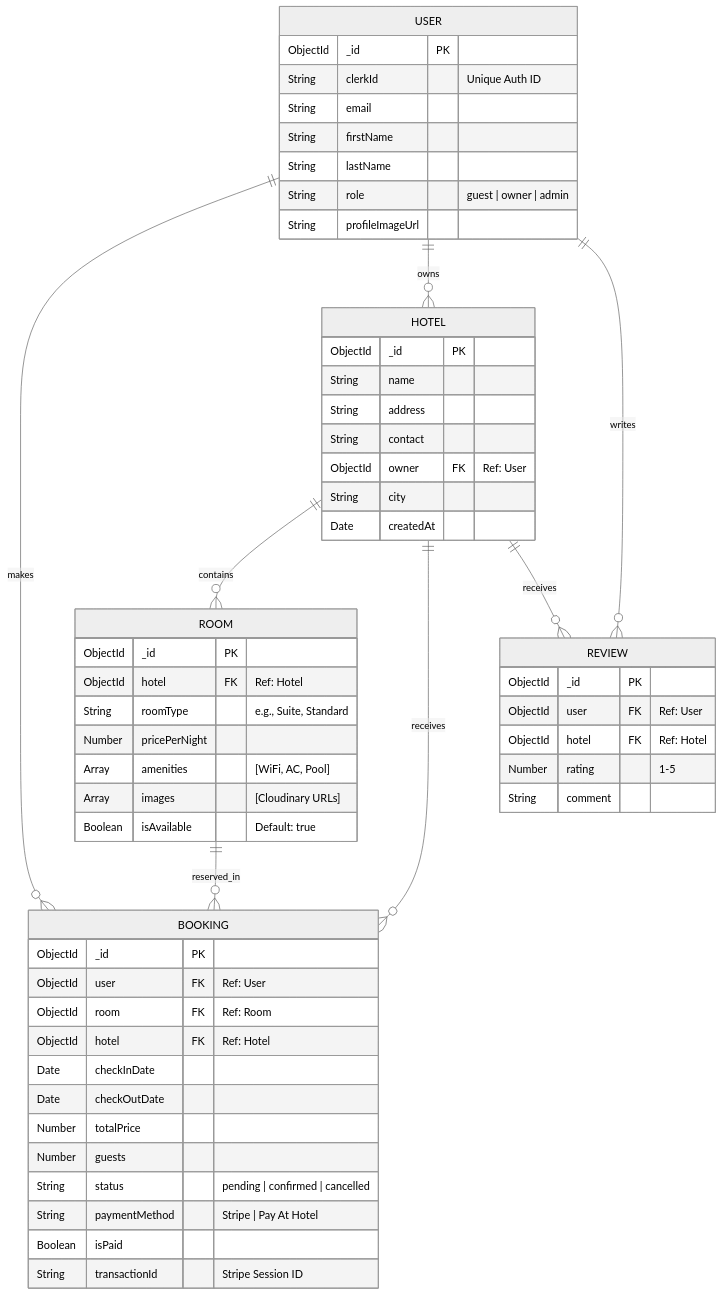
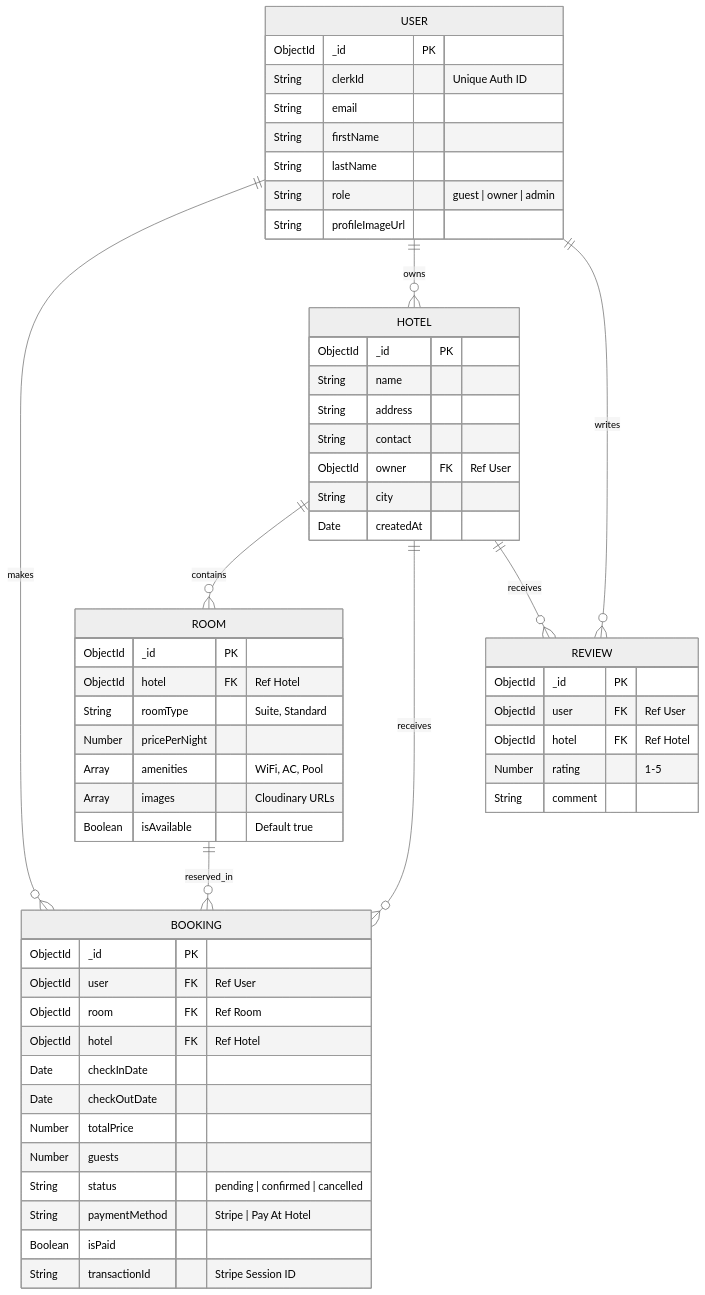
The fourth of 7 diagrams in README.md (aks-110/QuickStay), drawn with Mermaid (neutral theme) before and after one commit. The commit also changed other lines of this file, not shown here.

Commit message:
fix mermaid diagram syntax

````diff
--- a/README.md
+++ b/README.md
@@ -128,59 +128,59 @@
 ```mermaid
 erDiagram
     USER ||--o{ BOOKING : makes
     USER ||--o{ HOTEL : owns
     USER ||--o{ REVIEW : writes
     HOTEL ||--o{ ROOM : contains
     HOTEL ||--o{ BOOKING : receives
     ROOM ||--o{ BOOKING : reserved_in
     HOTEL ||--o{ REVIEW : receives
     
     USER {
         ObjectId _id PK
         String clerkId "Unique Auth ID"
         String email
         String firstName
         String lastName
         String role "guest | owner | admin"
         String profileImageUrl
     }
     HOTEL {
         ObjectId _id PK
         String name
         String address
         String contact
-        ObjectId owner FK "Ref: User"
+        ObjectId owner FK "Ref User"
         String city
         Date createdAt
     }
     ROOM {
         ObjectId _id PK
-        ObjectId hotel FK "Ref: Hotel"
-        String roomType "e.g., Suite, Standard"
+        ObjectId hotel FK "Ref Hotel"
+        String roomType "Suite, Standard"
         Number pricePerNight
-        Array amenities "[WiFi, AC, Pool]"
-        Array images "[Cloudinary URLs]"
-        Boolean isAvailable "Default: true"
+        Array amenities "WiFi, AC, Pool"
+        Array images "Cloudinary URLs"
+        Boolean isAvailable "Default true"
     }
     BOOKING {
         ObjectId _id PK
-        ObjectId user FK "Ref: User"
-        ObjectId room FK "Ref: Room"
-        ObjectId hotel FK "Ref: Hotel"
+        ObjectId user FK "Ref User"
+        ObjectId room FK "Ref Room"
+        ObjectId hotel FK "Ref Hotel"
         Date checkInDate
         Date checkOutDate
         Number totalPrice
         Number guests
         String status "pending | confirmed | cancelled"
         String paymentMethod "Stripe | Pay At Hotel"
         Boolean isPaid
         String transactionId "Stripe Session ID"
     }
     REVIEW {
         ObjectId _id PK
-        ObjectId user FK "Ref: User"
-        ObjectId hotel FK "Ref: Hotel"
+        ObjectId user FK "Ref User"
+        ObjectId hotel FK "Ref Hotel"
         Number rating "1-5"
         String comment
     }
 ```
````
